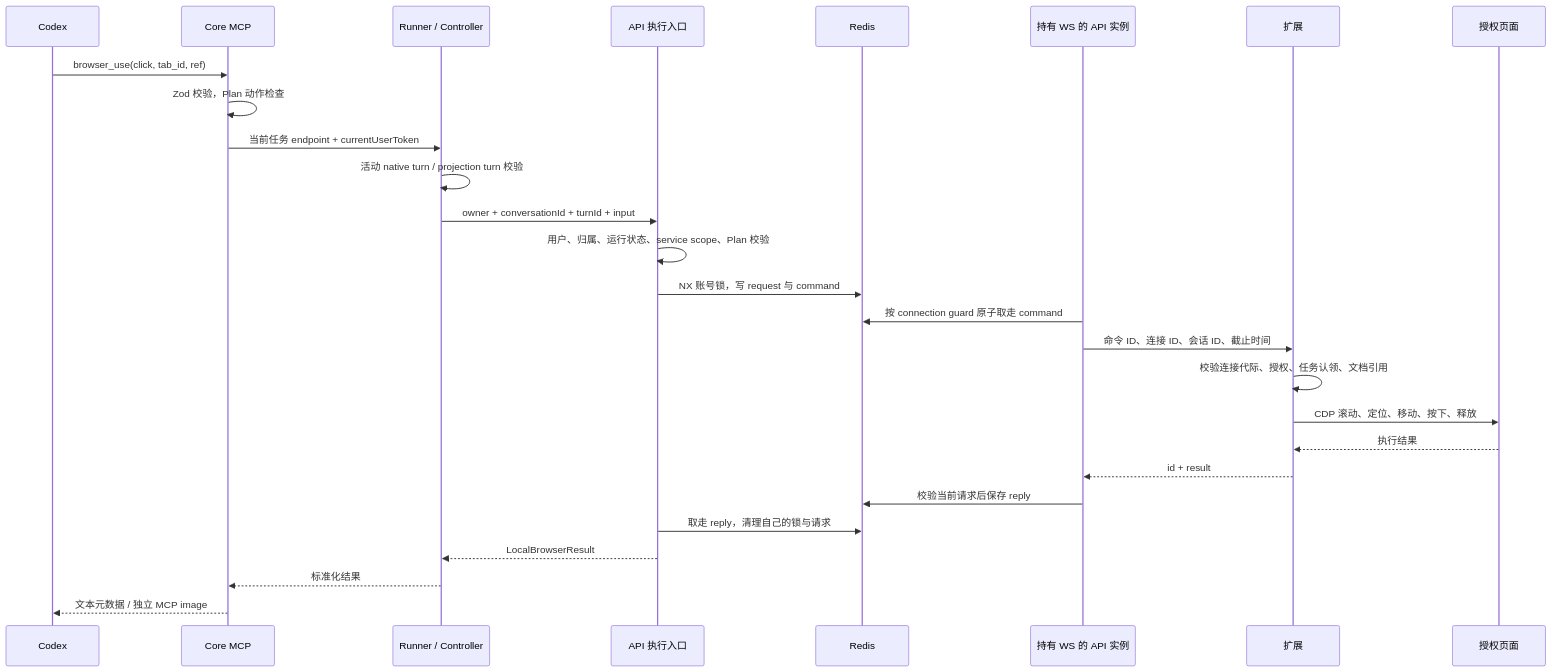
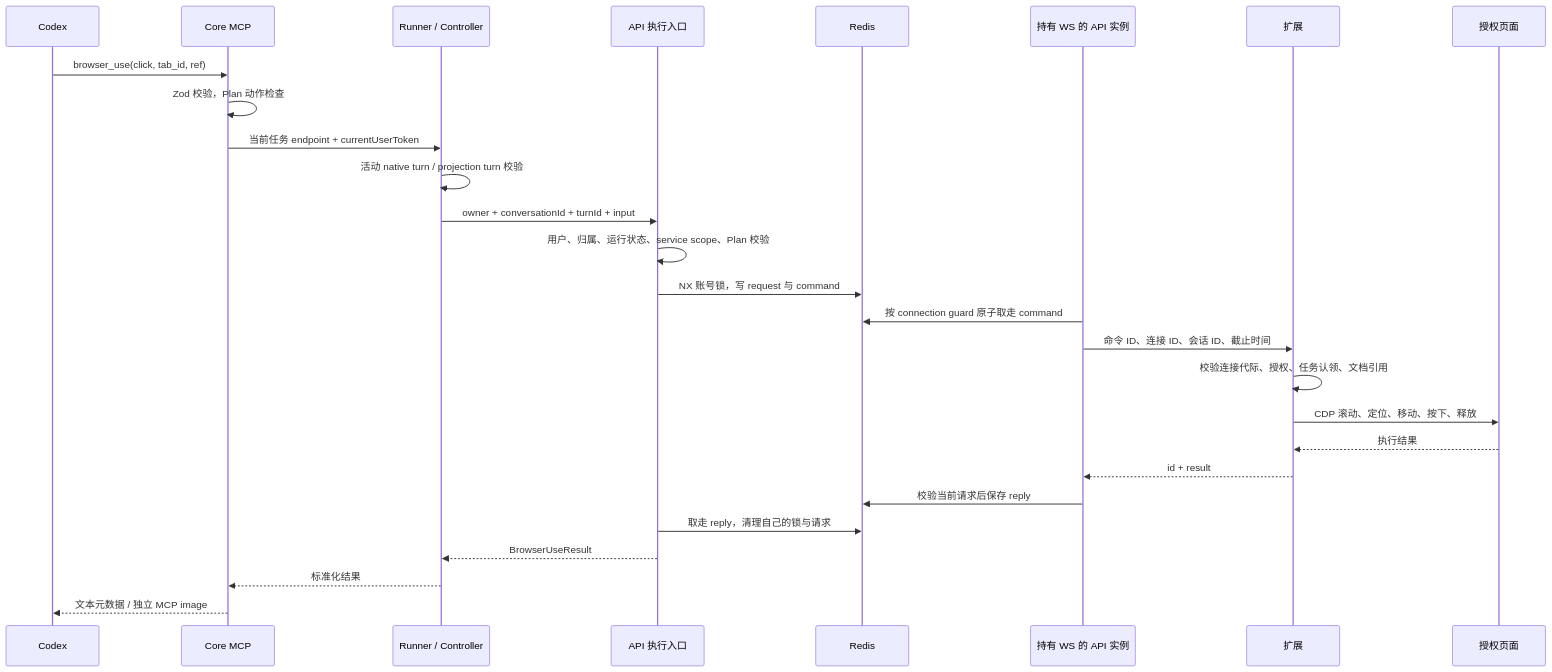
Before and after one commit to LingX-AI/LinkSense: the third of 3 diagrams in docs/development/browser-use-implementation.md, drawn with Mermaid. The commit also changed other lines of this file and 90 other files, not shown here.

````diff
--- a/docs/development/browser-use-implementation.md
+++ b/docs/development/browser-use-implementation.md
@@ -455,30 +455,30 @@
 ```mermaid
 sequenceDiagram
     participant AI as Codex
     participant MCP as Core MCP
     participant Worker as Runner / Controller
     participant API as API 执行入口
     participant Redis as Redis
     participant Socket as 持有 WS 的 API 实例
     participant Ext as 扩展
     participant Page as 授权页面
 
     AI->>MCP: browser_use(click, tab_id, ref)
     MCP->>MCP: Zod 校验，Plan 动作检查
     MCP->>Worker: 当前任务 endpoint + currentUserToken
     Worker->>Worker: 活动 native turn / projection turn 校验
     Worker->>API: owner + conversationId + turnId + input
     API->>API: 用户、归属、运行状态、service scope、Plan 校验
     API->>Redis: NX 账号锁，写 request 与 command
     Socket->>Redis: 按 connection guard 原子取走 command
     Socket->>Ext: 命令 ID、连接 ID、会话 ID、截止时间
     Ext->>Ext: 校验连接代际、授权、任务认领、文档引用
     Ext->>Page: CDP 滚动、定位、移动、按下、释放
     Page-->>Ext: 执行结果
     Ext-->>Socket: id + result
     Socket->>Redis: 校验当前请求后保存 reply
     API->>Redis: 取走 reply，清理自己的锁与请求
-    API-->>Worker: LocalBrowserResult
+    API-->>Worker: BrowserUseResult
     Worker-->>MCP: 标准化结果
     MCP-->>AI: 文本元数据 / 独立 MCP image
 ```
````
